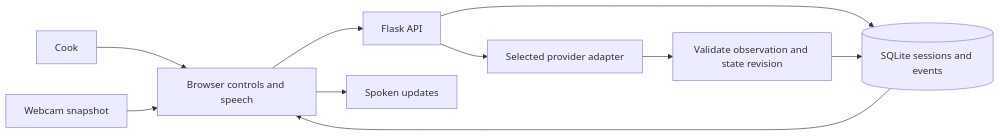
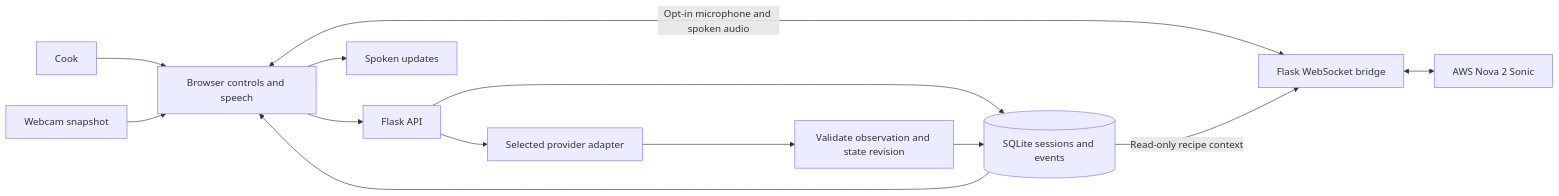
Before and after one commit to rachit-j/sous: the diagram in docs/architecture.md, drawn with Mermaid. The commit also changed other lines of this file and 15 other files, not shown here.

````diff
--- a/docs/architecture.md
+++ b/docs/architecture.md
@@ -11,12 +11,15 @@
 ```mermaid
 flowchart LR
   Cook --> UI[Browser controls and speech]
   Camera[Webcam snapshot] --> UI
   UI --> API[Flask API]
   API --> DB[(SQLite sessions and events)]
   API --> Model[Selected provider adapter]
   Model --> Check[Validate observation and state revision]
   Check --> DB
   DB --> UI
   UI --> Audio[Spoken updates]
+  UI <-->|Opt-in microphone and spoken audio| Voice[Flask WebSocket bridge]
+  DB -->|Read-only recipe context| Voice
+  Voice <--> Sonic[AWS Nova 2 Sonic]
 ```
````
